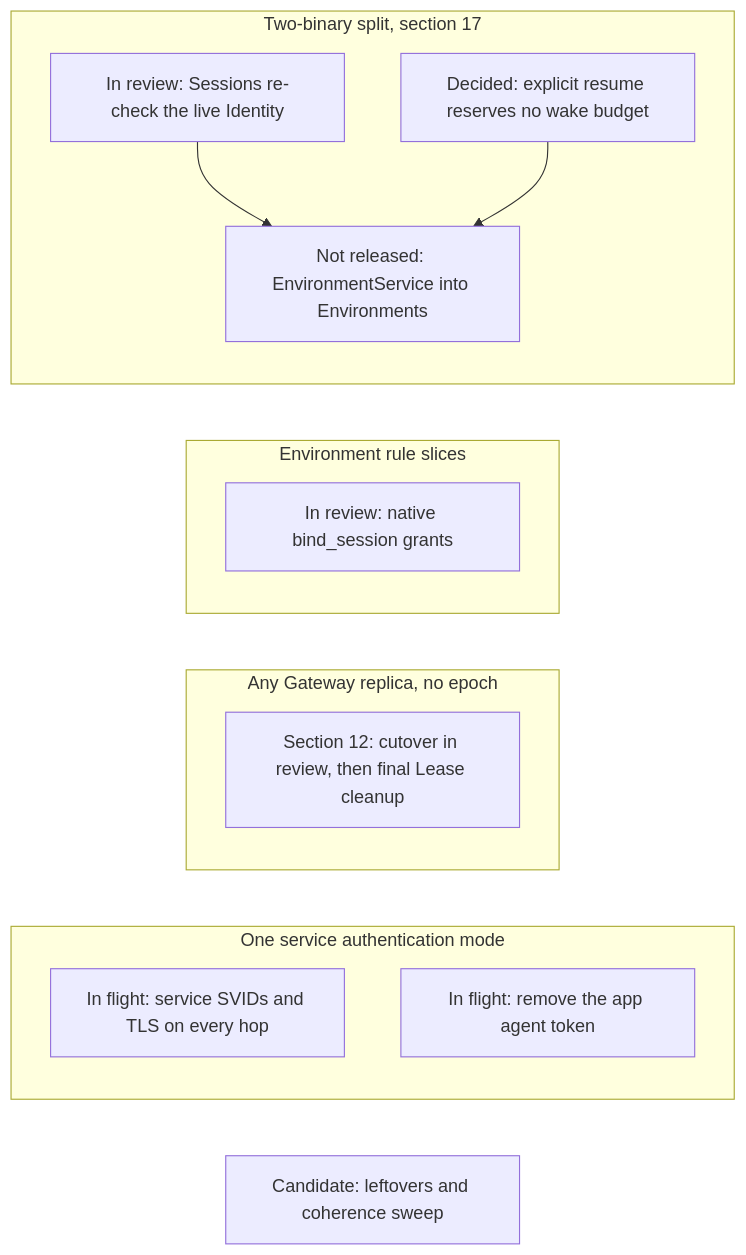
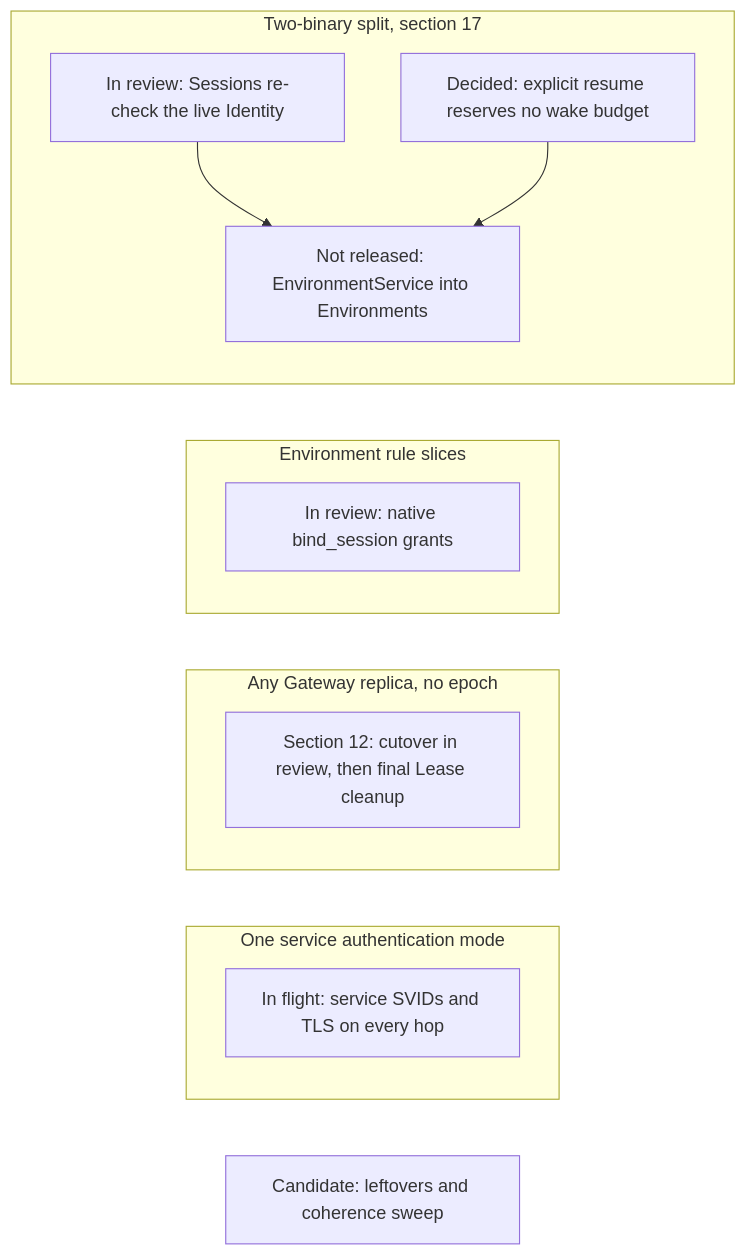
Before and after one commit to agentydragon/ducktape: the first of 21 diagrams in agentplane/plans/task_dag.md, drawn with Mermaid. The commit also changed other lines of this file and 6 other files, not shown here.

Commit message:
Retire the App agent ServiceAccount and TokenReview RBAC

````diff
--- a/agentplane/plans/task_dag.md
+++ b/agentplane/plans/task_dag.md
@@ -200,21 +199,20 @@
 ```mermaid
 flowchart LR
     subgraph AUTH_TRACK[One service authentication mode]
         PRIVILEGED_BACKEND_AUTH_DESIGN[In flight: service SVIDs and TLS on every hop]
-        APP_AGENT_TOKEN_DECISION[In flight: remove the app agent token]
     end
     subgraph GATEWAY_TRACK[Any Gateway replica, no epoch]
         RUNNER_CONNECTION_LEASE_CLEANUP[Section 12: cutover in review, then final Lease cleanup]
     end
     subgraph RULE_TRACK[Environment rule slices]
         ENVIRONMENT_IDENTITY_BIND_SESSION[In review: native bind_session grants]
     end
     subgraph SPLIT_TRACK[Two-binary split, section 17]
         SANDBOX_IDENTITY_RECHECK[In review: Sessions re-check the live Identity]
         EXPLICIT_RESUME_BUDGET_REMOVAL[Decided: explicit resume reserves no wake budget]
         ENVIRONMENT_SERVICE_TO_ENVIRONMENTS[Not released: EnvironmentService into Environments]
         SANDBOX_IDENTITY_RECHECK --> ENVIRONMENT_SERVICE_TO_ENVIRONMENTS
         EXPLICIT_RESUME_BUDGET_REMOVAL --> ENVIRONMENT_SERVICE_TO_ENVIRONMENTS
     end
     REFACTOR_COHERENCE_AUDIT[Candidate: leftovers and coherence sweep]
 ```
````
